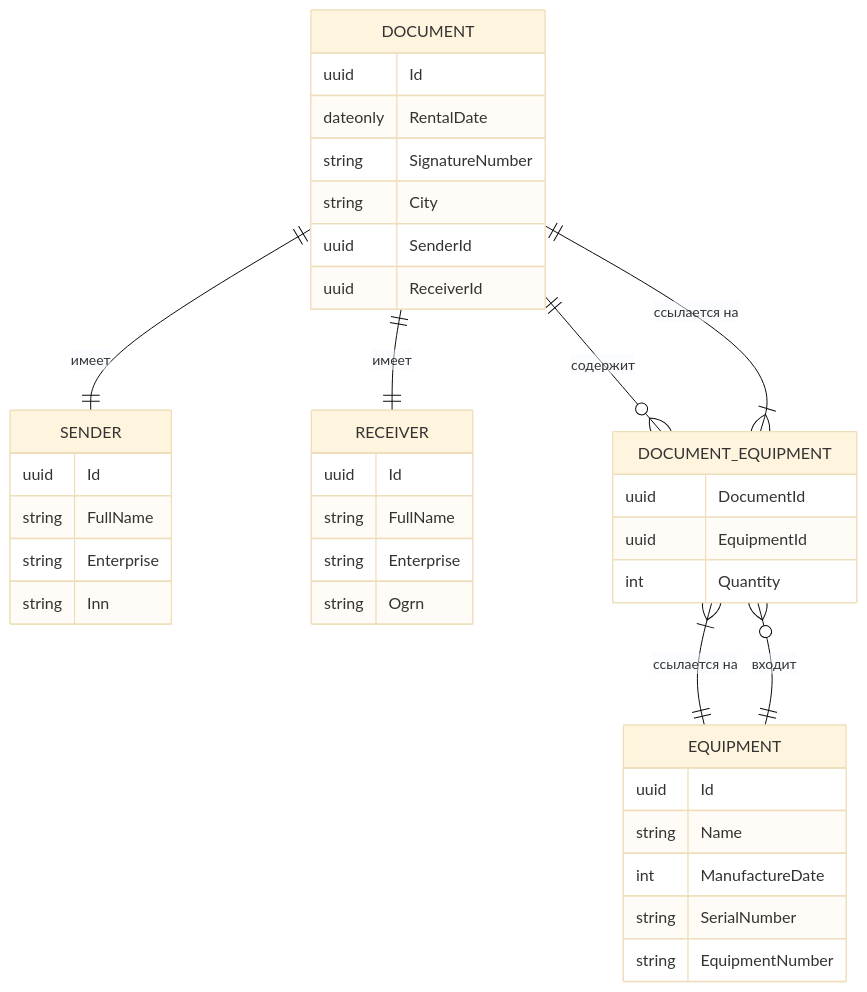
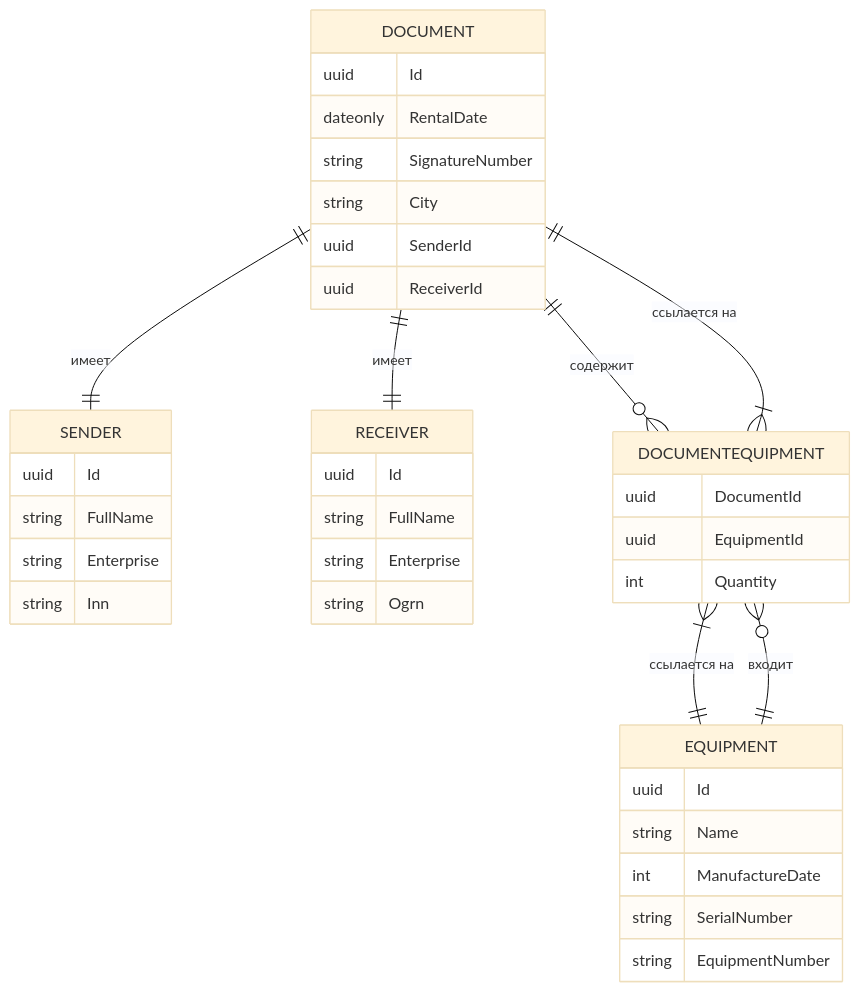
Before and after one commit to vaymanbanger/EquipHandover: the diagram in README.md, drawn with Mermaid (base theme).

````diff
--- a/README.md
+++ b/README.md
@@ -4,46 +4,46 @@
 ```mermaid
 erDiagram
     DOCUMENT {
         uuid Id
         dateonly RentalDate
         string SignatureNumber
         string City
         uuid SenderId
         uuid ReceiverId
     }
     
     SENDER {
         uuid Id
         string FullName
         string Enterprise
         string Inn
     }
     
     RECEIVER {
         uuid Id
         string FullName
         string Enterprise
         string Ogrn
     }
     
     EQUIPMENT {
         uuid Id
         string Name
         int ManufactureDate
         string SerialNumber
         string EquipmentNumber
     }
     
-    DOCUMENT_EQUIPMENT {
+    DOCUMENTEQUIPMENT {
         uuid DocumentId
         uuid EquipmentId
         int Quantity
     }
     
     DOCUMENT ||--|| SENDER : "имеет"
     DOCUMENT ||--|| RECEIVER : "имеет"
-    DOCUMENT ||--o{ DOCUMENT_EQUIPMENT : "содержит"
-    EQUIPMENT ||--o{ DOCUMENT_EQUIPMENT : "входит"
-    DOCUMENT_EQUIPMENT }|--|| DOCUMENT : "ссылается на"
-    DOCUMENT_EQUIPMENT }|--|| EQUIPMENT : "ссылается на "
+    DOCUMENT ||--o{ DOCUMENTEQUIPMENT : "содержит"
+    EQUIPMENT ||--o{ DOCUMENTEQUIPMENT : "входит"
+    DOCUMENTEQUIPMENT }|--|| DOCUMENT : "ссылается на"
+    DOCUMENTEQUIPMENT }|--|| EQUIPMENT : "ссылается на "
 ```
````
